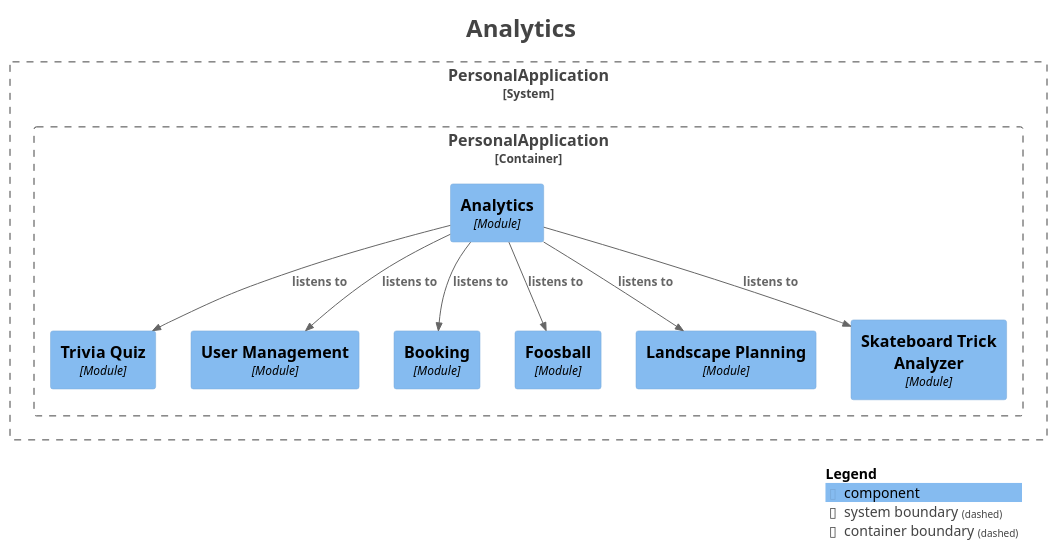
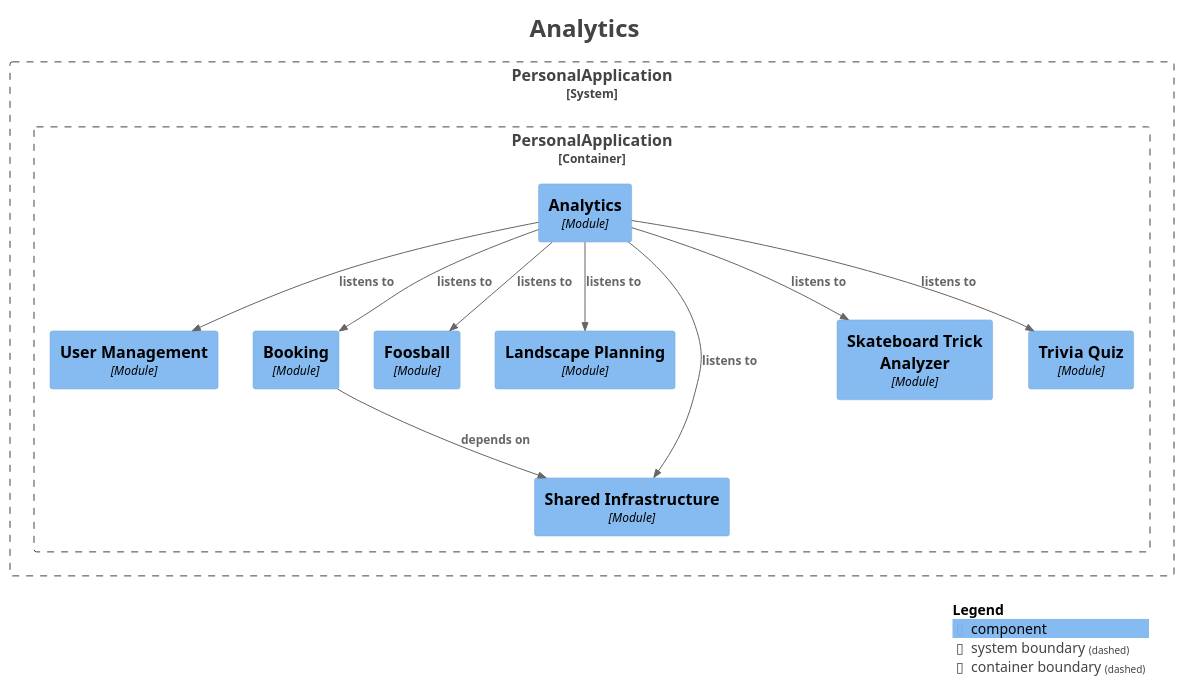
The diagram in docs/modulith/module-analytics.puml (SnapPetal/personal-web), drawn with PlantUML before and after one commit. The commit also changed 23 other files, not shown here.

```diff
--- a/docs/modulith/module-analytics.puml
+++ b/docs/modulith/module-analytics.puml
@@ -1,40 +1,43 @@
 @startuml
 title <size:24>Analytics</size>
 
 set separator none
 top to bottom direction
 
 <style>
   root {
     BackgroundColor: #ffffff
     FontColor: #444444
   }
 </style>
 
 !include <C4/C4>
 !include <C4/C4_Context>
 !include <C4/C4_Component>
 
 System_Boundary("PersonalApplication_boundary", "PersonalApplication", $tags="") {
   Container_Boundary("PersonalApplication.PersonalApplication_boundary", "PersonalApplication", $tags="") {
-    Component(PersonalApplication.PersonalApplication.TriviaQuiz, "Trivia Quiz", $techn="Module", $descr="", $tags="", $link="")
     Component(PersonalApplication.PersonalApplication.UserManagement, "User Management", $techn="Module", $descr="", $tags="", $link="")
+    Component(PersonalApplication.PersonalApplication.Booking, "Booking", $techn="Module", $descr="", $tags="", $link="")
     Component(PersonalApplication.PersonalApplication.Analytics, "Analytics", $techn="Module", $descr="", $tags="", $link="")
-    Component(PersonalApplication.PersonalApplication.Booking, "Booking", $techn="Module", $descr="", $tags="", $link="")
     Component(PersonalApplication.PersonalApplication.Foosball, "Foosball", $techn="Module", $descr="", $tags="", $link="")
     Component(PersonalApplication.PersonalApplication.LandscapePlanning, "Landscape Planning", $techn="Module", $descr="", $tags="", $link="")
+    Component(PersonalApplication.PersonalApplication.SharedInfrastructure, "Shared Infrastructure", $techn="Module", $descr="", $tags="", $link="")
     Component(PersonalApplication.PersonalApplication.SkateboardTrickAnalyzer, "Skateboard Trick Analyzer", $techn="Module", $descr="", $tags="", $link="")
+    Component(PersonalApplication.PersonalApplication.TriviaQuiz, "Trivia Quiz", $techn="Module", $descr="", $tags="", $link="")
   }
 
 }
 
-Rel(PersonalApplication.PersonalApplication.Analytics, PersonalApplication.PersonalApplication.UserManagement, "listens to", $techn="", $tags="", $link="")
-Rel(PersonalApplication.PersonalApplication.Analytics, PersonalApplication.PersonalApplication.Booking, "listens to", $techn="", $tags="", $link="")
 Rel(PersonalApplication.PersonalApplication.Analytics, PersonalApplication.PersonalApplication.LandscapePlanning, "listens to", $techn="", $tags="", $link="")
 Rel(PersonalApplication.PersonalApplication.Analytics, PersonalApplication.PersonalApplication.Foosball, "listens to", $techn="", $tags="", $link="")
+Rel(PersonalApplication.PersonalApplication.Analytics, PersonalApplication.PersonalApplication.UserManagement, "listens to", $techn="", $tags="", $link="")
 Rel(PersonalApplication.PersonalApplication.Analytics, PersonalApplication.PersonalApplication.TriviaQuiz, "listens to", $techn="", $tags="", $link="")
 Rel(PersonalApplication.PersonalApplication.Analytics, PersonalApplication.PersonalApplication.SkateboardTrickAnalyzer, "listens to", $techn="", $tags="", $link="")
+Rel(PersonalApplication.PersonalApplication.Analytics, PersonalApplication.PersonalApplication.Booking, "listens to", $techn="", $tags="", $link="")
+Rel(PersonalApplication.PersonalApplication.Analytics, PersonalApplication.PersonalApplication.SharedInfrastructure, "listens to", $techn="", $tags="", $link="")
+Rel(PersonalApplication.PersonalApplication.Booking, PersonalApplication.PersonalApplication.SharedInfrastructure, "depends on", $techn="", $tags="", $link="")
 
 SHOW_LEGEND(true)
 hide stereotypes
 @enduml
```
